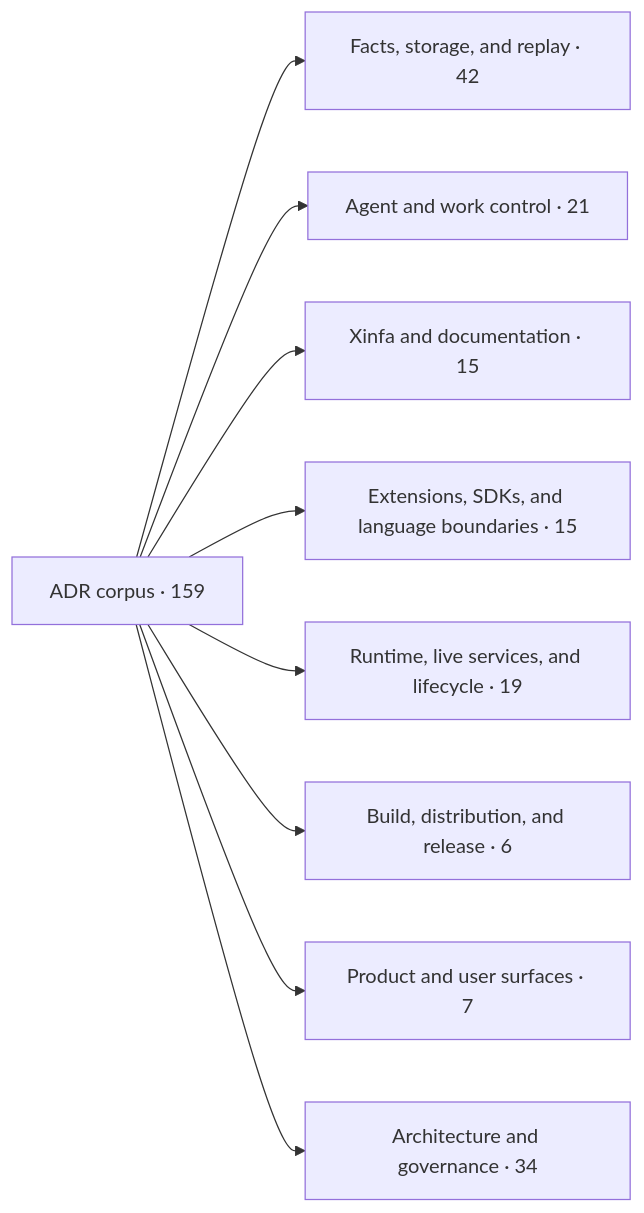
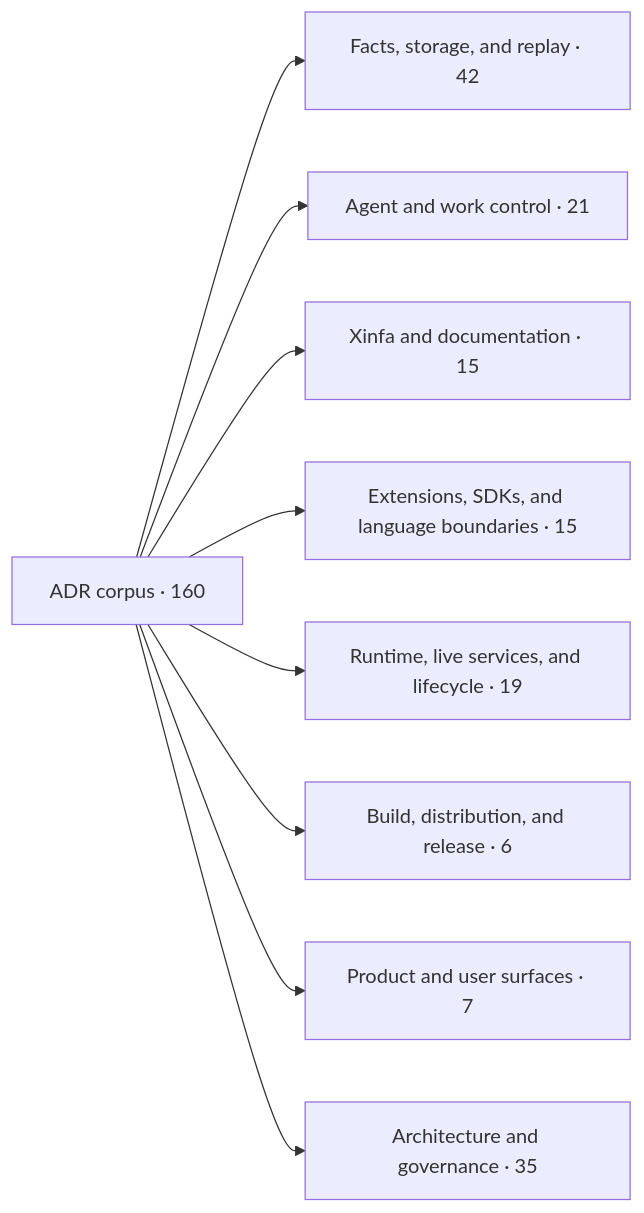
One commit to PterX/kungfu changed the first of 2 diagrams in docs/architecture/adr-map.md. Above: the diagram before and after it, drawn with Mermaid. The commit also changed other lines of this file and 34 other files, not shown here.

````diff
--- a/docs/architecture/adr-map.md
+++ b/docs/architecture/adr-map.md
@@ -20,12 +20,12 @@
 ```mermaid
 flowchart LR
-  root["ADR corpus · 159"]
+  root["ADR corpus · 160"]
   root --> d0["Facts, storage, and replay · 42"]
   root --> d1["Agent and work control · 21"]
   root --> d2["Xinfa and documentation · 15"]
   root --> d3["Extensions, SDKs, and language boundaries · 15"]
   root --> d4["Runtime, live services, and lifecycle · 19"]
   root --> d5["Build, distribution, and release · 6"]
   root --> d6["Product and user surfaces · 7"]
-  root --> d7["Architecture and governance · 34"]
+  root --> d7["Architecture and governance · 35"]
 ```
````
